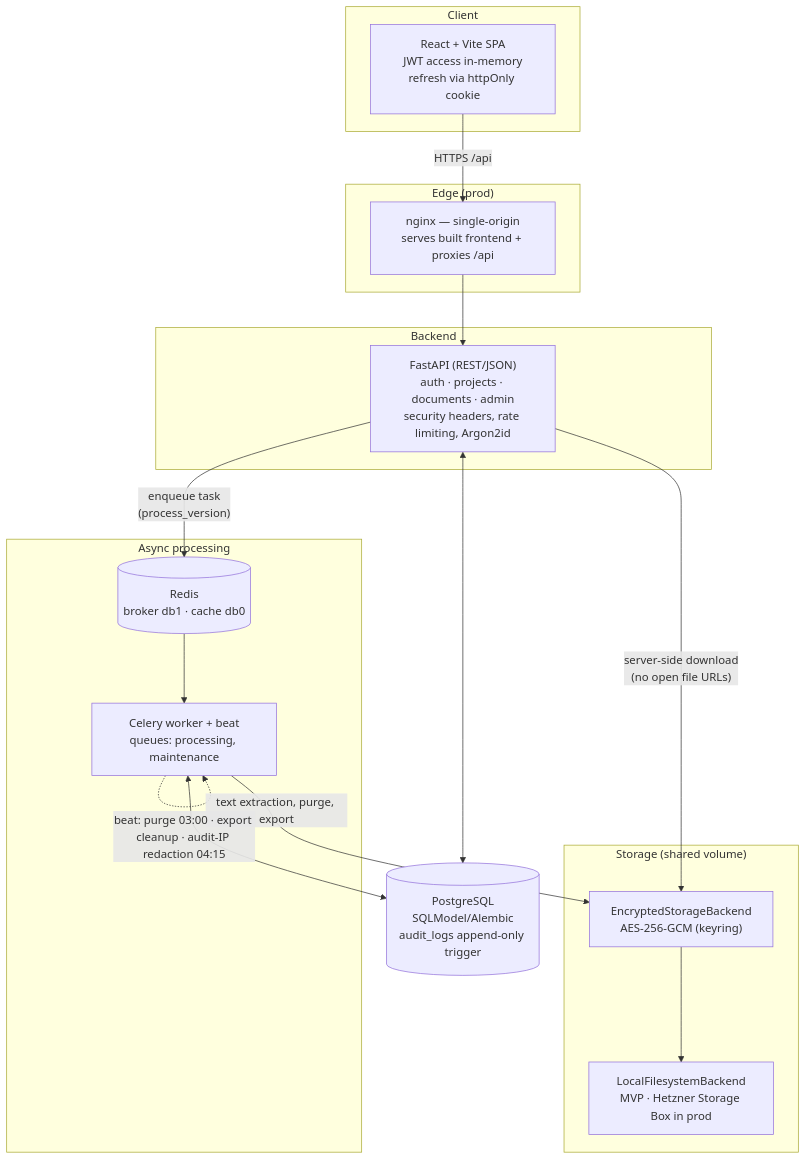
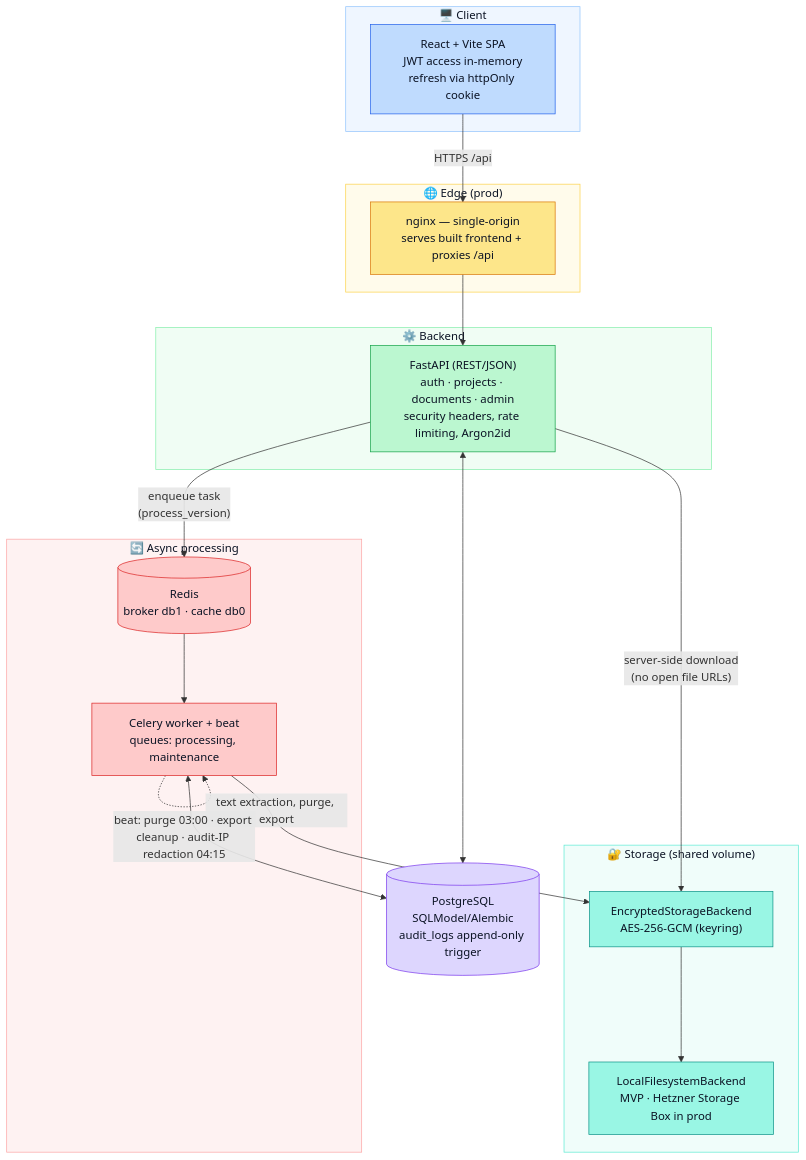
Before and after one commit to mae240/dms: the diagram in README.md, drawn with Mermaid.

Commit message:
README: farbige Architektur-Diagramme (Mermaid classDef)

````diff
--- a/README.md
+++ b/README.md
@@ -72,36 +72,56 @@
 ```mermaid
 flowchart TB
-    subgraph client["Client"]
+    subgraph client["🖥️ Client"]
         SPA["React + Vite SPA<br/>JWT access in-memory<br/>refresh via httpOnly cookie"]
     end
 
-    subgraph edge["Edge (prod)"]
+    subgraph edge["🌐 Edge (prod)"]
         NGINX["nginx — single-origin<br/>serves built frontend + proxies /api"]
     end
 
-    subgraph app["Backend"]
+    subgraph app["⚙️ Backend"]
         API["FastAPI (REST/JSON)<br/>auth · projects · documents · admin<br/>security headers, rate limiting, Argon2id"]
     end
 
-    subgraph async["Async processing"]
+    subgraph async["🔄 Async processing"]
         REDIS[("Redis<br/>broker db1 · cache db0")]
         WORKER["Celery worker + beat<br/>queues: processing, maintenance"]
     end
 
     DB[("PostgreSQL<br/>SQLModel/Alembic<br/>audit_logs append-only trigger")]
 
-    subgraph storage["Storage (shared volume)"]
+    subgraph storage["🔐 Storage (shared volume)"]
         ENC["EncryptedStorageBackend<br/>AES-256-GCM (keyring)"]
         LOCAL["LocalFilesystemBackend<br/>MVP · Hetzner Storage Box in prod"]
         ENC --> LOCAL
     end
 
     SPA -->|"HTTPS /api"| NGINX --> API
     API <--> DB
     API -->|"enqueue task<br/>(process_version)"| REDIS
     API -->|"server-side download<br/>(no open file URLs)"| ENC
     REDIS --> WORKER
     WORKER <--> DB
     WORKER -->|"text extraction, purge, export"| ENC
     WORKER -.->|"beat: purge 03:00 · export cleanup · audit-IP redaction 04:15"| WORKER
+
+    classDef front fill:#bfdbfe,stroke:#2563eb,color:#0b1324;
+    classDef proxy fill:#fde68a,stroke:#d97706,color:#0b1324;
+    classDef api fill:#bbf7d0,stroke:#16a34a,color:#0b1324;
+    classDef work fill:#fecaca,stroke:#dc2626,color:#0b1324;
+    classDef data fill:#ddd6fe,stroke:#7c3aed,color:#0b1324;
+    classDef store fill:#99f6e4,stroke:#0d9488,color:#0b1324;
+
+    class SPA front;
+    class NGINX proxy;
+    class API api;
+    class REDIS,WORKER work;
+    class DB data;
+    class ENC,LOCAL store;
+
+    style client fill:#eff6ff,stroke:#93c5fd,color:#0b1324;
+    style edge fill:#fffbeb,stroke:#fcd34d,color:#0b1324;
+    style app fill:#f0fdf4,stroke:#86efac,color:#0b1324;
+    style async fill:#fef2f2,stroke:#fca5a5,color:#0b1324;
+    style storage fill:#f0fdfa,stroke:#5eead4,color:#0b1324;
 ```
````
